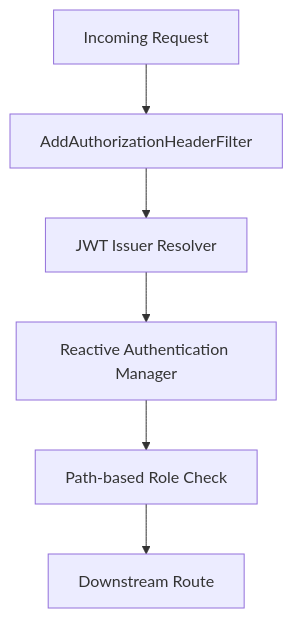
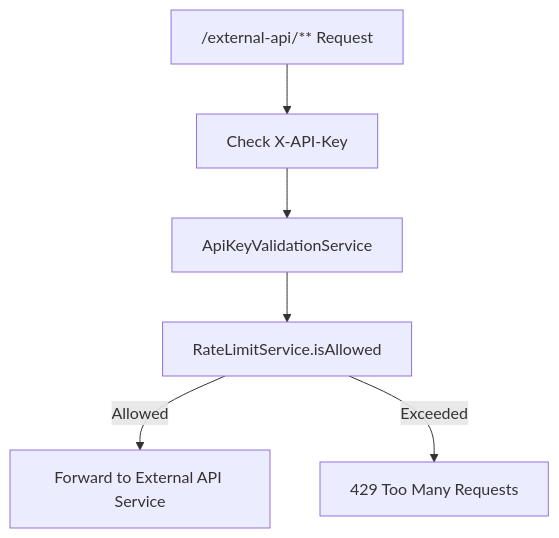
One commit to Praesto-Pro/openframe-oss-tenant changed the third of 6 diagrams in docs/architecture/gateway-service-core/gateway-service-core.md. Above: the diagram before and after it, drawn with Mermaid. The commit also changed other lines of this file and 214 other files, not shown here.

````diff
--- a/docs/architecture/gateway-service-core/gateway-service-core.md
+++ b/docs/architecture/gateway-service-core/gateway-service-core.md
@@ -111,8 +117,8 @@
 ```mermaid
 flowchart TD
-    Request["Incoming Request"] --> AddAuth["AddAuthorizationHeaderFilter"]
-    AddAuth --> JwtResolver["JWT Issuer Resolver"]
-    JwtResolver --> AuthManager["Reactive Authentication Manager"]
-    AuthManager --> RoleCheck["Path-based Role Check"]
-    RoleCheck --> Controller["Downstream Route"]
+    ExternalRequest["/external-api/** Request"] --> CheckKey["Check X-API-Key"]
+    CheckKey --> Validate["ApiKeyValidationService"]
+    Validate --> RateCheck["RateLimitService.isAllowed"]
+    RateCheck -->|"Allowed"| Forward["Forward to External API Service"]
+    RateCheck -->|"Exceeded"| Reject["429 Too Many Requests"]
 ```
````
